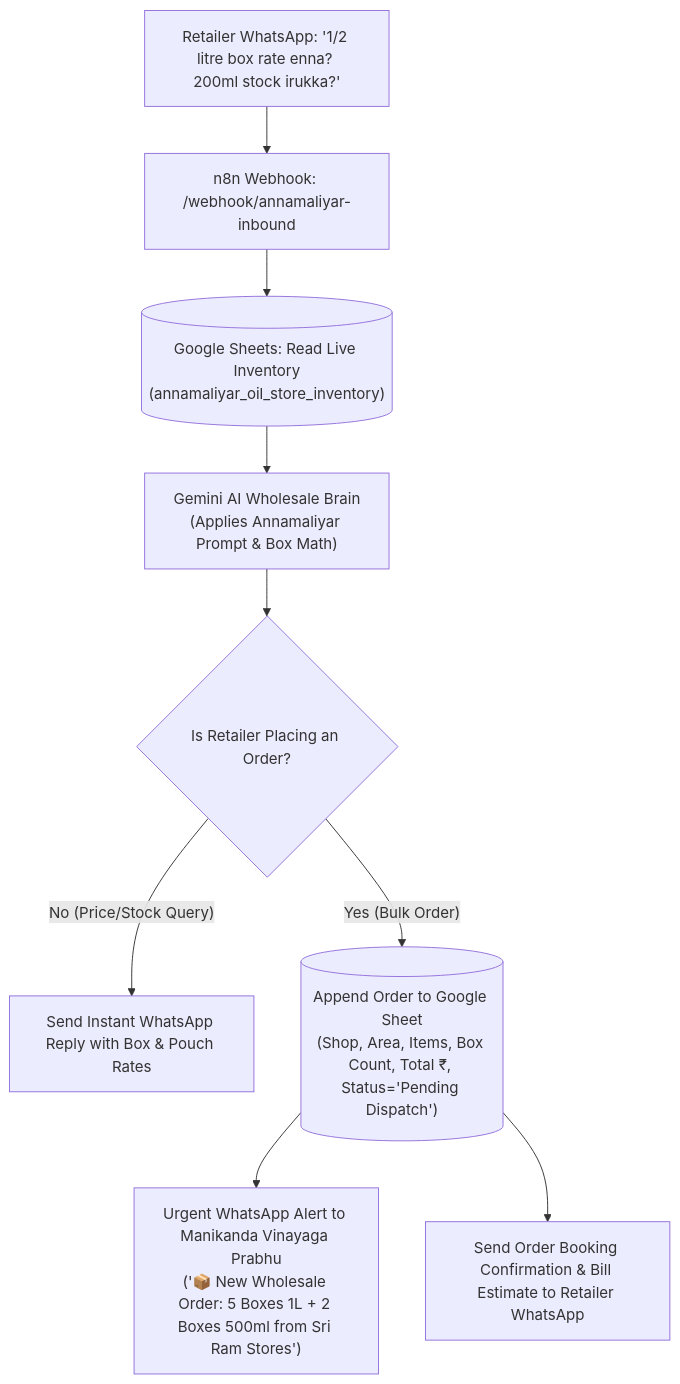
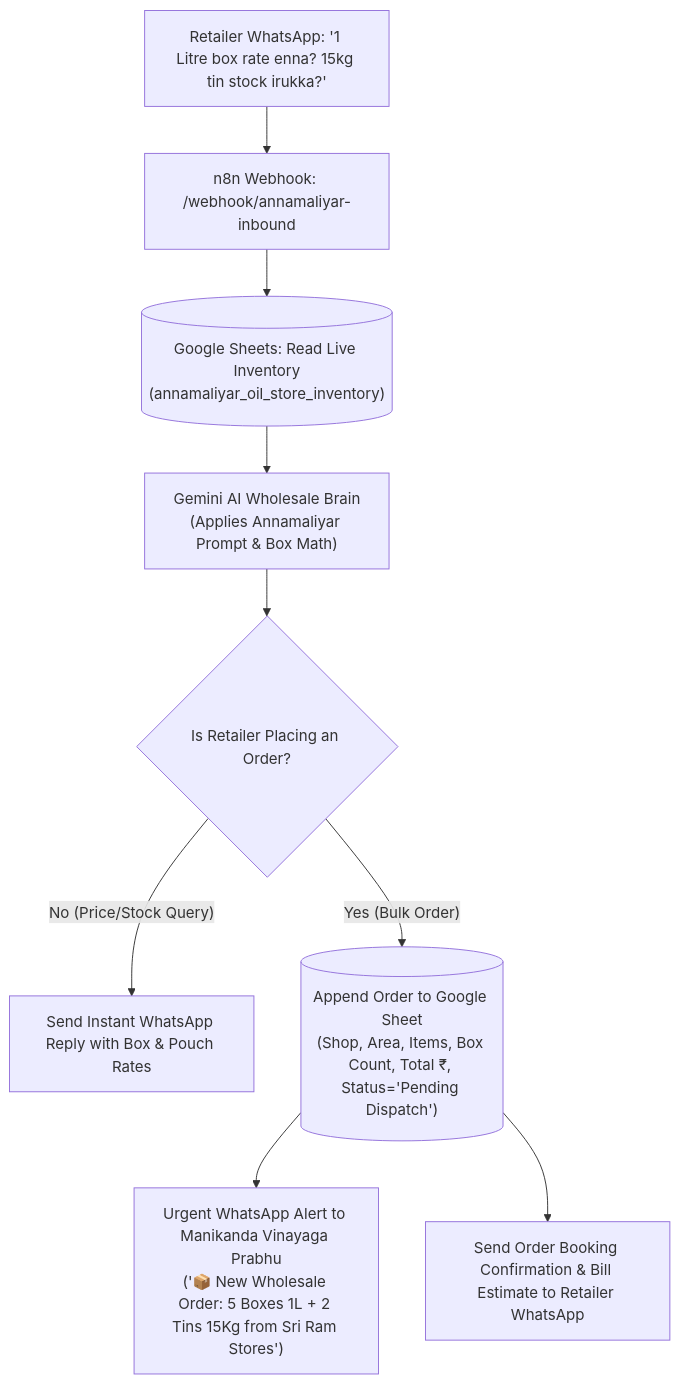
The diagram in project/05_wholesale_whatsapp_agent/PRD_AND_PROMPTS.md (sureshkumar20133151-arch/n8n), drawn with Mermaid before and after one commit. The commit also changed other lines of this file and 1 other file, not shown here.

Commit message:
feat: update Gold Winner 1L and 1/2L to 10 pouches per box, and add 15Ltr and 15Kg tins

````diff
--- a/project/05_wholesale_whatsapp_agent/PRD_AND_PROMPTS.md
+++ b/project/05_wholesale_whatsapp_agent/PRD_AND_PROMPTS.md
@@ -90,11 +98,11 @@
 ```mermaid
 flowchart TD
-    RetailerMsg["Retailer WhatsApp: '1/2 litre box rate enna? 200ml stock irukka?'"] --> Webhook["n8n Webhook: /webhook/annamaliyar-inbound"]
+    RetailerMsg["Retailer WhatsApp: '1 Litre box rate enna? 15kg tin stock irukka?'"] --> Webhook["n8n Webhook: /webhook/annamaliyar-inbound"]
     Webhook --> ReadSheets[("Google Sheets: Read Live Inventory\n(annamaliyar_oil_store_inventory)")]
     ReadSheets --> Gemini["Gemini AI Wholesale Brain\n(Applies Annamaliyar Prompt & Box Math)"]
     Gemini --> Check{"Is Retailer Placing an Order?"}
     Check -- "No (Price/Stock Query)" --> SendWhatsApp["Send Instant WhatsApp Reply with Box & Pouch Rates"]
     Check -- "Yes (Bulk Order)" --> LogOrder[("Append Order to Google Sheet\n(Shop, Area, Items, Box Count, Total ₹, Status='Pending Dispatch')")]
-    LogOrder --> AlertPrabhu["Urgent WhatsApp Alert to Manikanda Vinayaga Prabhu\n('📦 New Wholesale Order: 5 Boxes 1L + 2 Boxes 500ml from Sri Ram Stores')"]
+    LogOrder --> AlertPrabhu["Urgent WhatsApp Alert to Manikanda Vinayaga Prabhu\n('📦 New Wholesale Order: 5 Boxes 1L + 2 Tins 15Kg from Sri Ram Stores')"]
     LogOrder --> ConfirmRetailer["Send Order Booking Confirmation & Bill Estimate to Retailer WhatsApp"]
 ```
````
